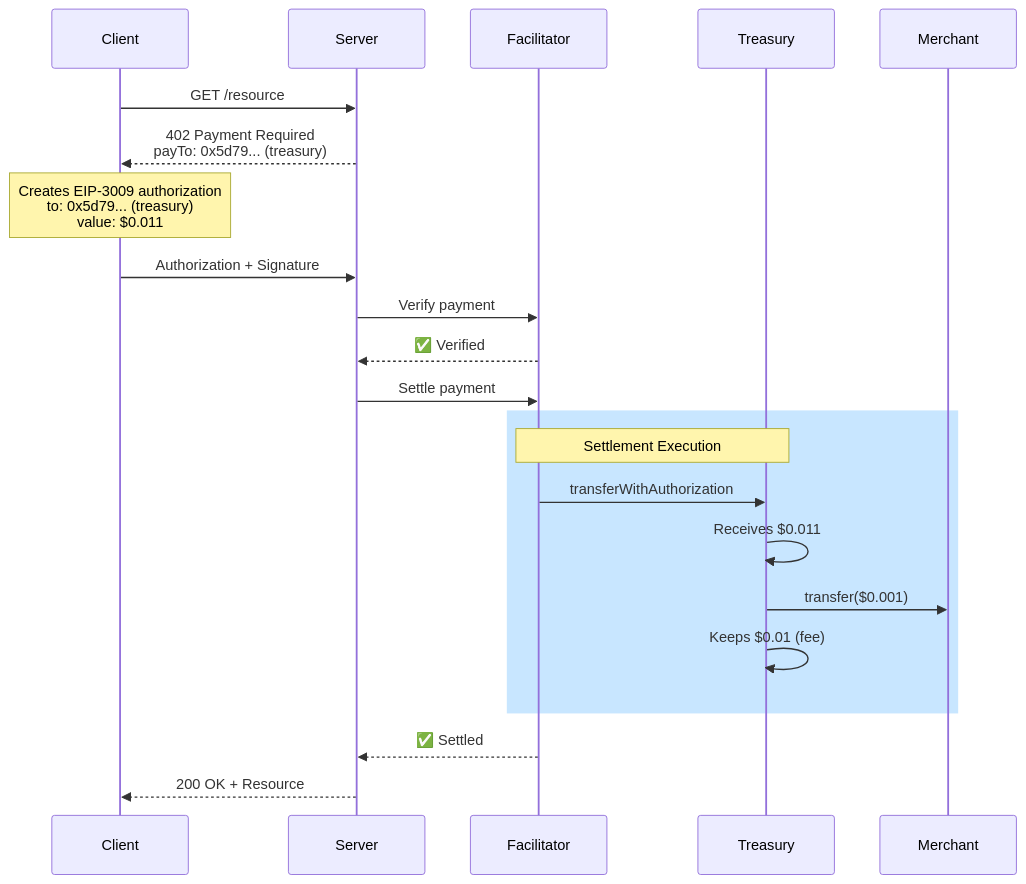
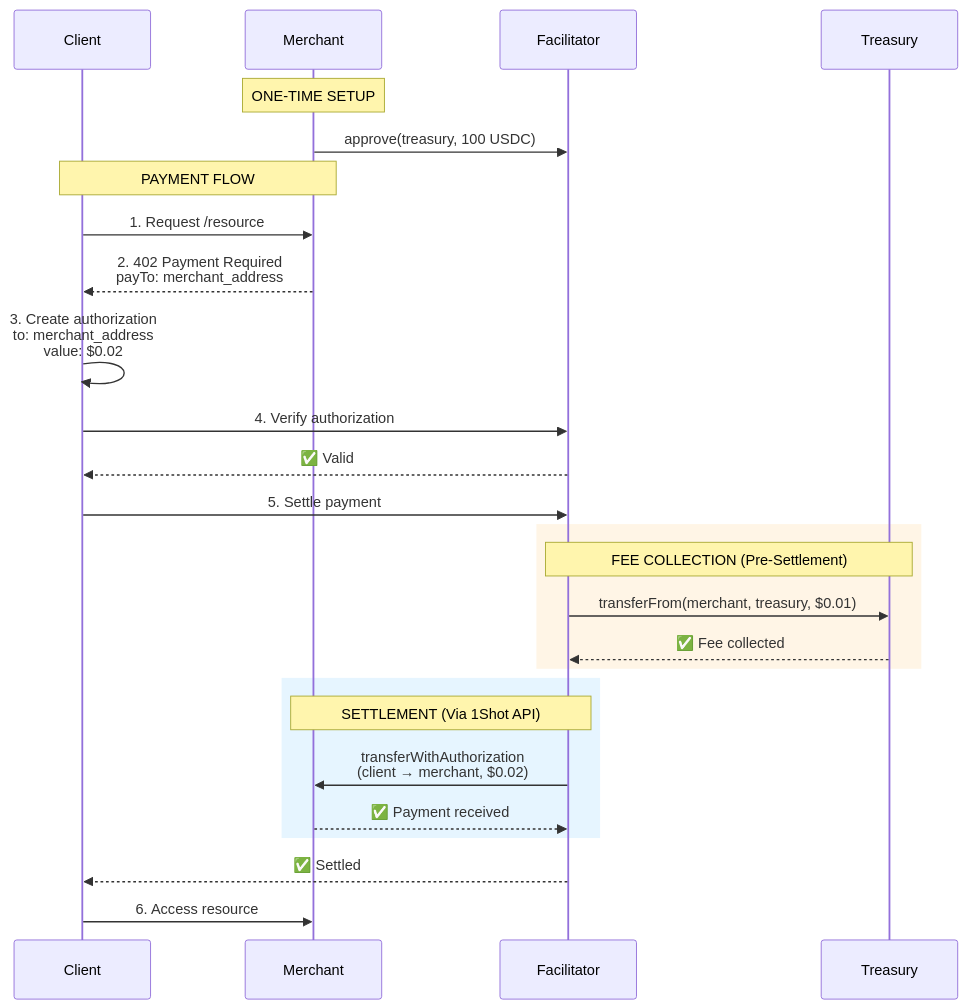
The diagram in architecture.mdx (cascadingGeek/docs), drawn with Mermaid before and after one commit. The commit also changed other lines of this file and 9 other files, not shown here.

Commit message:
--fix: update docs to reflect new payment flow

````diff
--- a/architecture.mdx
+++ b/architecture.mdx
@@ -81,30 +20,36 @@
 ```mermaid
 sequenceDiagram
     participant Client
-    participant Server
+    participant Merchant
     participant Facilitator
     participant Treasury
-    participant Merchant
 
-    Client->>Server: GET /resource
-    Server-->>Client: 402 Payment Required<br/>payTo: 0x5d79... (treasury)
+    Note over Merchant: ONE-TIME SETUP
+    Merchant->>Facilitator: approve(treasury, 100 USDC)
     
-    Note over Client: Creates EIP-3009 authorization<br/>to: 0x5d79... (treasury)<br/>value: $0.011
-
-    Client->>Server: Authorization + Signature
-    Server->>Facilitator: Verify payment
-    Facilitator-->>Server: ✅ Verified
+    Note over Client,Merchant: PAYMENT FLOW
+    Client->>Merchant: 1. Request /resource
+    Merchant-->>Client: 2. 402 Payment Required<br/>payTo: merchant_address
     
-    Server->>Facilitator: Settle payment
+    Client->>Client: 3. Create authorization<br/>to: merchant_address<br/>value: $0.02
     
-    rect rgb(200, 230, 255)
-        Note over Facilitator,Treasury: Settlement Execution
-        Facilitator->>Treasury: transferWithAuthorization
-        Treasury->>Treasury: Receives $0.011
-        Treasury->>Merchant: transfer($0.001)
-        Treasury->>Treasury: Keeps $0.01 (fee)
+    Client->>Facilitator: 4. Verify authorization
+    Facilitator-->>Client: ✅ Valid
+    
+    Client->>Facilitator: 5. Settle payment
+    
+    rect rgb(255, 245, 230)
+        Note over Facilitator,Treasury: FEE COLLECTION (Pre-Settlement)
+        Facilitator->>Treasury: transferFrom(merchant, treasury, $0.01)
+        Treasury-->>Facilitator: ✅ Fee collected
     end
     
-    Facilitator-->>Server: ✅ Settled
-    Server-->>Client: 200 OK + Resource
+    rect rgb(230, 245, 255)
+        Note over Facilitator,Merchant: SETTLEMENT (Via 1Shot API)
+        Facilitator->>Merchant: transferWithAuthorization<br/>(client → merchant, $0.02)
+        Merchant-->>Facilitator: ✅ Payment received
+    end
+    
+    Facilitator-->>Client: ✅ Settled
+    Client->>Merchant: 6. Access resource
 ```
````
